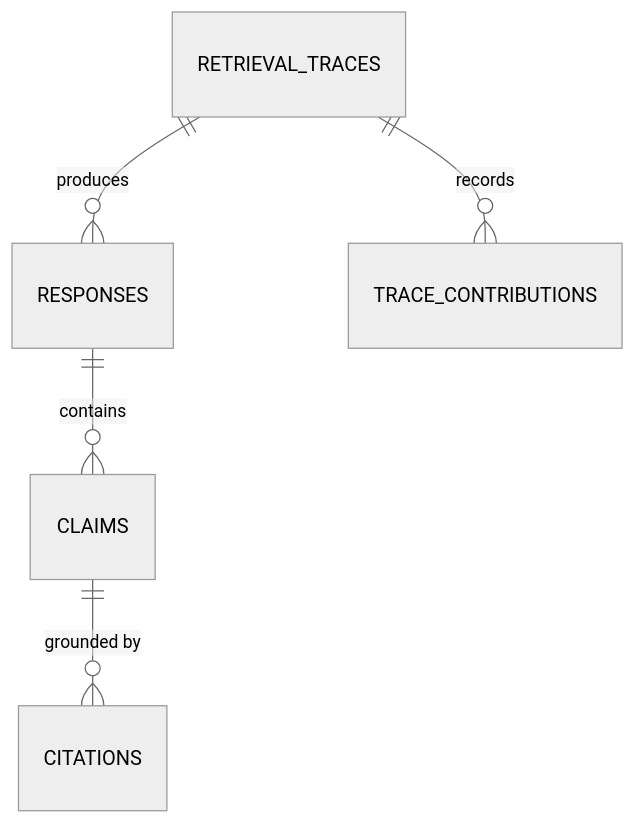
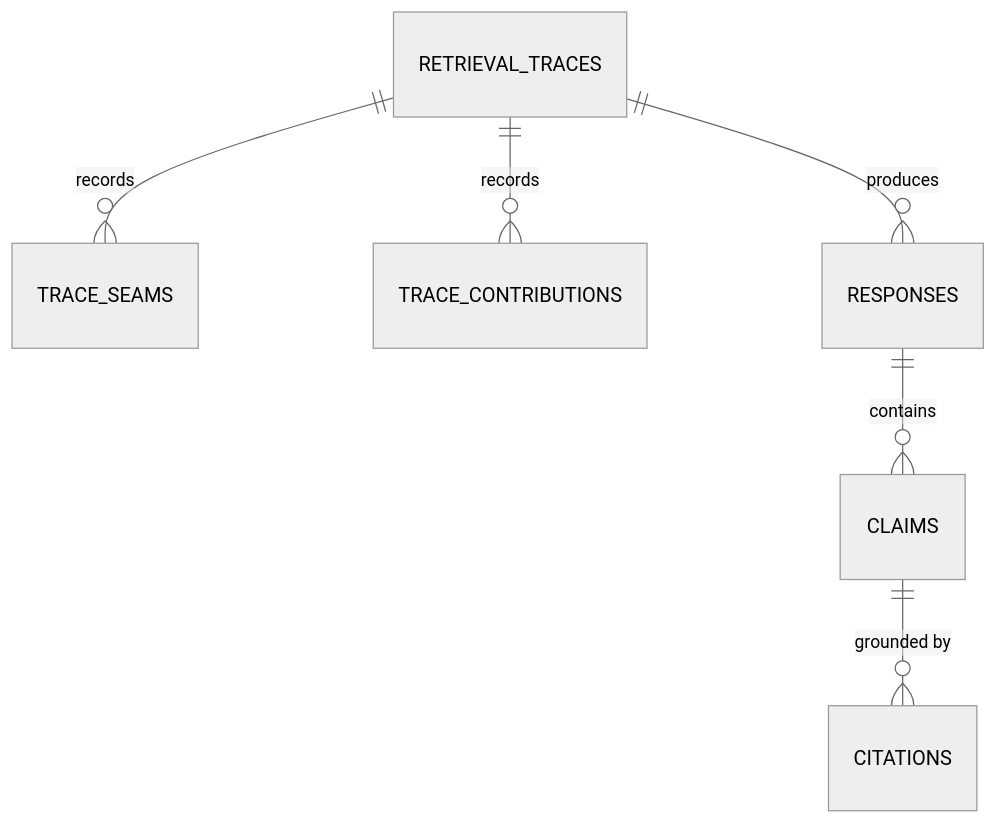
One commit to RileyK05/Emory_STEM_Advisor changed the fourth of 4 diagrams in docs/architecture.md. Above: the diagram before and after it, drawn with Mermaid (neutral theme). The commit also changed other lines of this file and 95 other files, not shown here.

````diff
--- a/docs/architecture.md
+++ b/docs/architecture.md
@@ -347,7 +705,8 @@
 ```mermaid
 erDiagram
-    RETRIEVAL_TRACES ||--o{ RESPONSES : "produces"
-    RESPONSES ||--o{ CLAIMS : "contains"
+    RETRIEVAL_TRACES ||--o{ TRACE_SEAMS : records
+    RETRIEVAL_TRACES ||--o{ TRACE_CONTRIBUTIONS : records
+    RETRIEVAL_TRACES ||--o{ RESPONSES : produces
+    RESPONSES ||--o{ CLAIMS : contains
     CLAIMS ||--o{ CITATIONS : "grounded by"
-    RETRIEVAL_TRACES ||--o{ TRACE_CONTRIBUTIONS : "records"
 ```
````
